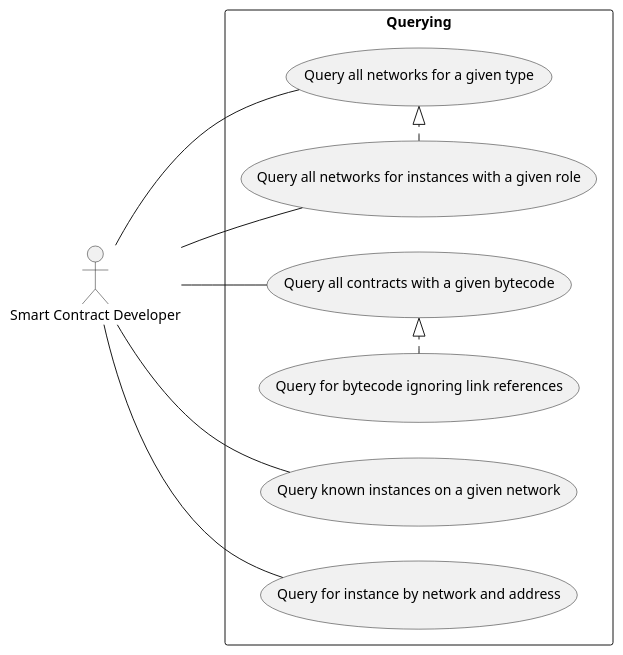
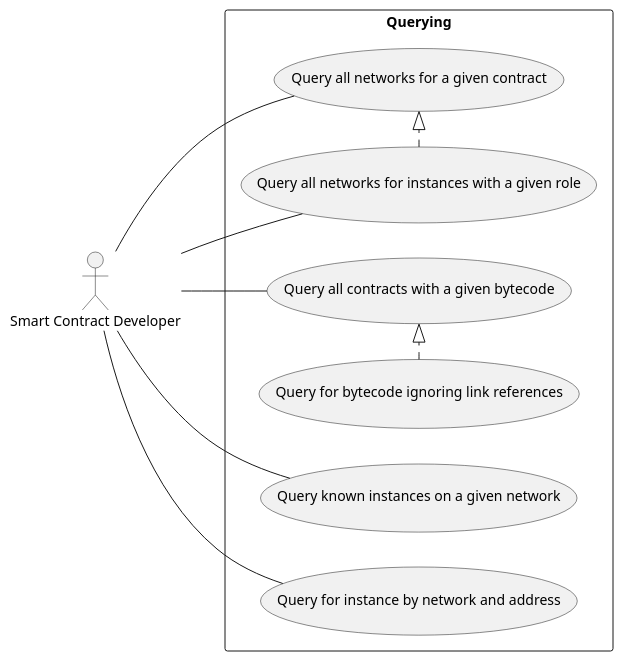
One commit to trufflesuite/artifact-updates changed the fourth of 9 diagrams in docs/requirements/truffle.rst. Above: the diagram before and after it, drawn with PlantUML. The commit also changed other lines of this file and 4 other files, not shown here.

Commit message:
Update glossary to include additional parts of data model, and remove contract type since no longer relevant

```diff
--- a/docs/requirements/truffle.rst
+++ b/docs/requirements/truffle.rst
@@ -240,22 +240,22 @@
 .. uml::
 
   left to right direction
   :Smart Contract Developer: as :Developer:
 
   rectangle Querying {
     (Query known instances on a given network) as (QueryNetwork)
-    (Query all networks for a given type) as (QueryType)
+    (Query all networks for a given contract) as (QueryContract)
     (Query all networks for instances with a given role) as (QueryInstance)
     (Query for instance by network and address) as (QueryAddress)
     (Query all contracts with a given bytecode) as (QueryBytecode)
     (Query for bytecode ignoring link references) as (QueryBytecodeUnlinked)
 
-    QueryInstance .|> QueryType
+    QueryInstance .|> QueryContract
     QueryBytecodeUnlinked .|> QueryBytecode
   }
 
   Developer -- QueryNetwork
-  Developer -- QueryType
+  Developer -- QueryContract
   Developer -- QueryInstance
   Developer -- QueryAddress
   Developer -- QueryBytecode
```
